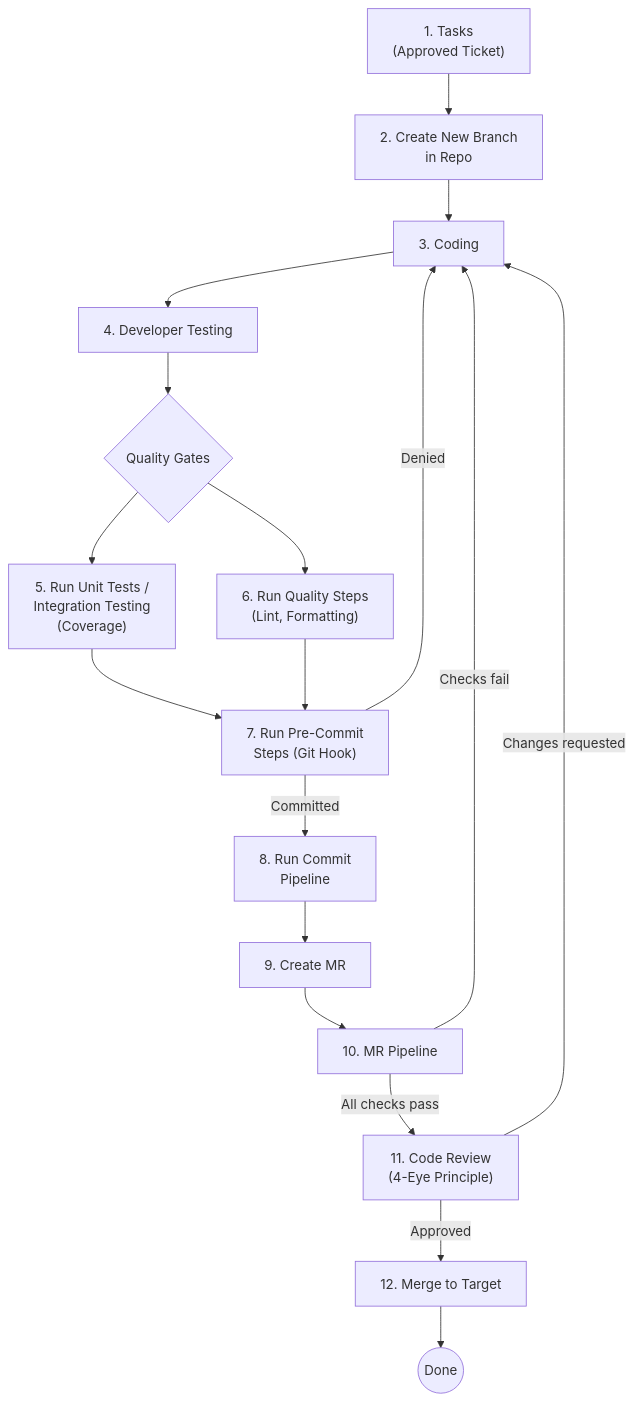
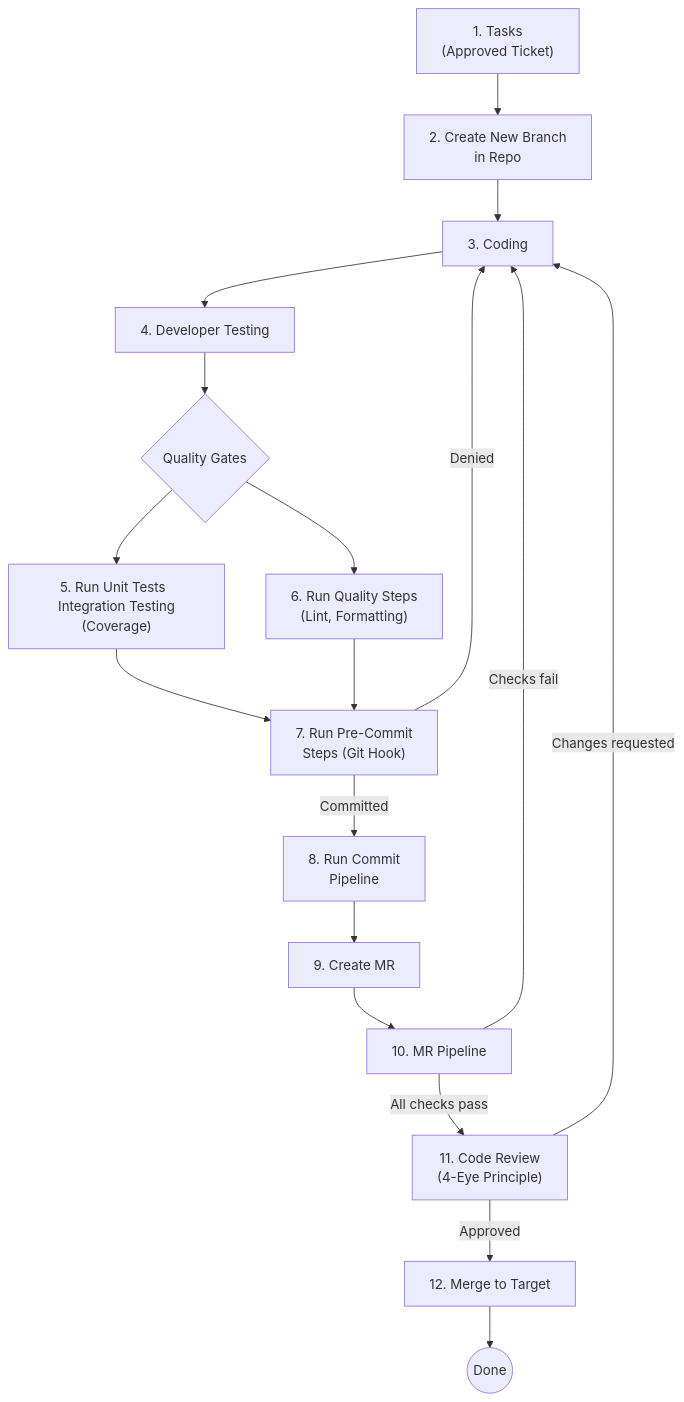
One commit to le0nce/developer-workflow changed the diagram in steps/workflow.md. Above: the diagram before and after it, drawn with Mermaid. The commit also changed 1 other file, not shown here.

Commit message:
Fix formatting in AI SDLC workflow diagrams for consistency

````diff
--- a/steps/workflow.md
+++ b/steps/workflow.md
@@ -3,28 +3,28 @@
 ```mermaid
 flowchart TD
     A["1. Tasks\n(Approved Ticket)"] --> B["2. Create New Branch\nin Repo"]
     B --> C["3. Coding"]
     C --> D["4. Developer Testing"]
     D --> E{"Quality Gates"}
 
-    E --> F["5. Run Unit Tests /\nIntegration Testing\n(Coverage)"]
+    E --> F["5. Run Unit Tests  Integration Testing\n(Coverage)"]
     E --> G["6. Run Quality Steps\n(Lint, Formatting)"]
 
     F --> H["7. Run Pre-Commit\nSteps (Git Hook)"]
     G --> H
 
     H -->|"Committed"| I["8. Run Commit\nPipeline"]
     H -->|"Denied"| C
 
     I --> J["9. Create MR"]
 
     J --> K["10. MR Pipeline"]
 
     K -->|"All checks pass"| L["11. Code Review\n(4-Eye Principle)"]
     K -->|"Checks fail"| C
 
     L -->|"Approved"| M["12. Merge to Target"]
     L -->|"Changes requested"| C
 
     M --> N(("Done"))
 ```
````
